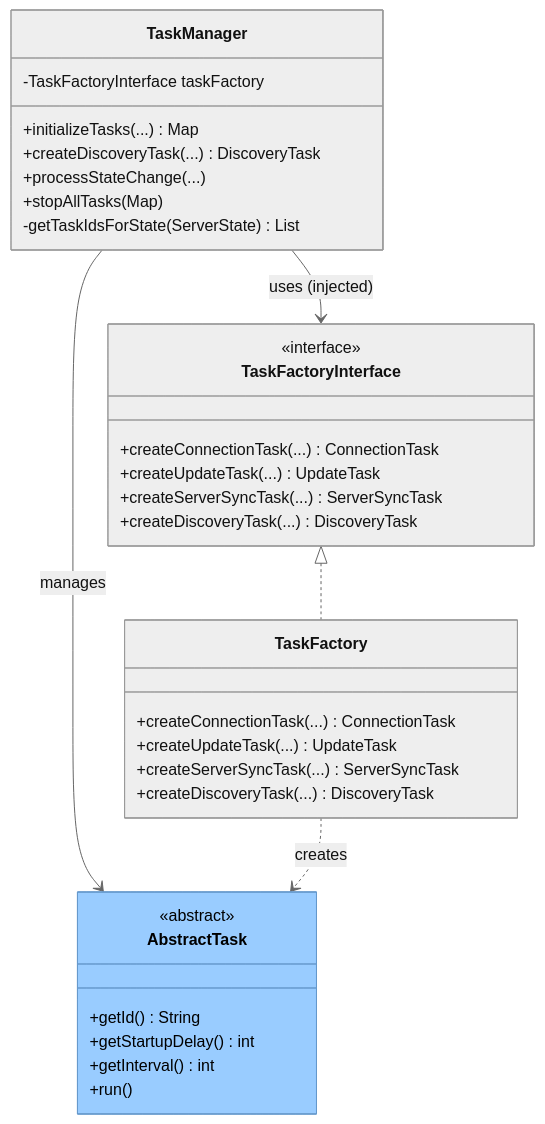
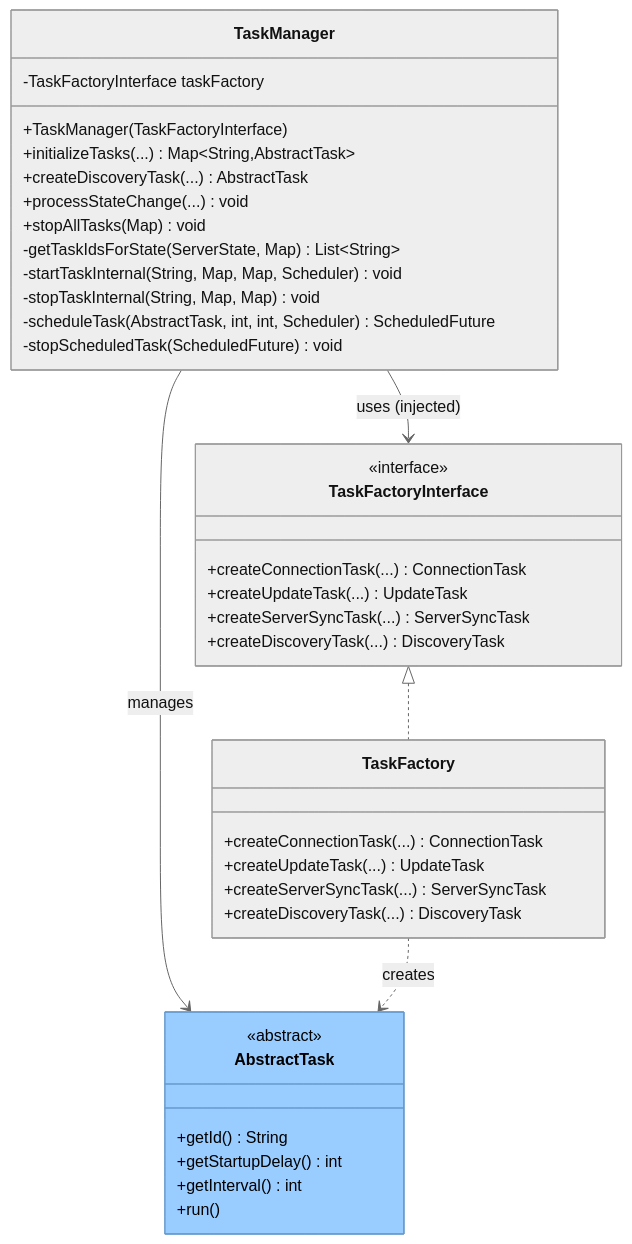
The first of 3 diagrams in bundles/org.openhab.binding.jellyfin/docs/architecture/task-management.md (openhab/openhab-addons), drawn with Mermaid (neutral theme) before and after one commit. The commit also changed other lines of this file and 368 other files, not shown here.

````diff
--- a/bundles/org.openhab.binding.jellyfin/docs/architecture/task-management.md
+++ b/bundles/org.openhab.binding.jellyfin/docs/architecture/task-management.md
@@ -30,43 +60,48 @@
 ```mermaid
 classDiagram
     %% Task management relationships
     TaskManager --> TaskFactoryInterface : uses (injected)
     TaskManager --> AbstractTask : manages
     TaskFactoryInterface <|.. TaskFactory
     TaskFactory ..> AbstractTask : creates
 
     class TaskManager {
         -TaskFactoryInterface taskFactory
-        +initializeTasks(...) Map
-        +createDiscoveryTask(...) DiscoveryTask
-        +processStateChange(...)
-        +stopAllTasks(Map)
-        -getTaskIdsForState(ServerState) List
+        +TaskManager(TaskFactoryInterface)
+        +initializeTasks(...) Map~String,AbstractTask~
+        +createDiscoveryTask(...) AbstractTask
+        +processStateChange(...) void
+        +stopAllTasks(Map) void
+        -getTaskIdsForState(ServerState, Map) List~String~
+        -startTaskInternal(String, Map, Map, Scheduler) void
+        -stopTaskInternal(String, Map, Map) void
+        -scheduleTask(AbstractTask, int, int, Scheduler) ScheduledFuture
+        -stopScheduledTask(ScheduledFuture) void
     }
 
     class TaskFactoryInterface {
         <<interface>>
         +createConnectionTask(...) ConnectionTask
         +createUpdateTask(...) UpdateTask
         +createServerSyncTask(...) ServerSyncTask
         +createDiscoveryTask(...) DiscoveryTask
     }
 
     class TaskFactory {
         +createConnectionTask(...) ConnectionTask
         +createUpdateTask(...) UpdateTask
         +createServerSyncTask(...) ServerSyncTask
         +createDiscoveryTask(...) DiscoveryTask
     }
 
     class AbstractTask {
         <<abstract>>
         +getId() String
         +getStartupDelay() int
         +getInterval() int
         +run()
     }
 
     %% Color scheme for external libraries
     style AbstractTask fill:#99ccff,stroke:#6699cc,color:#000
 ```
````
